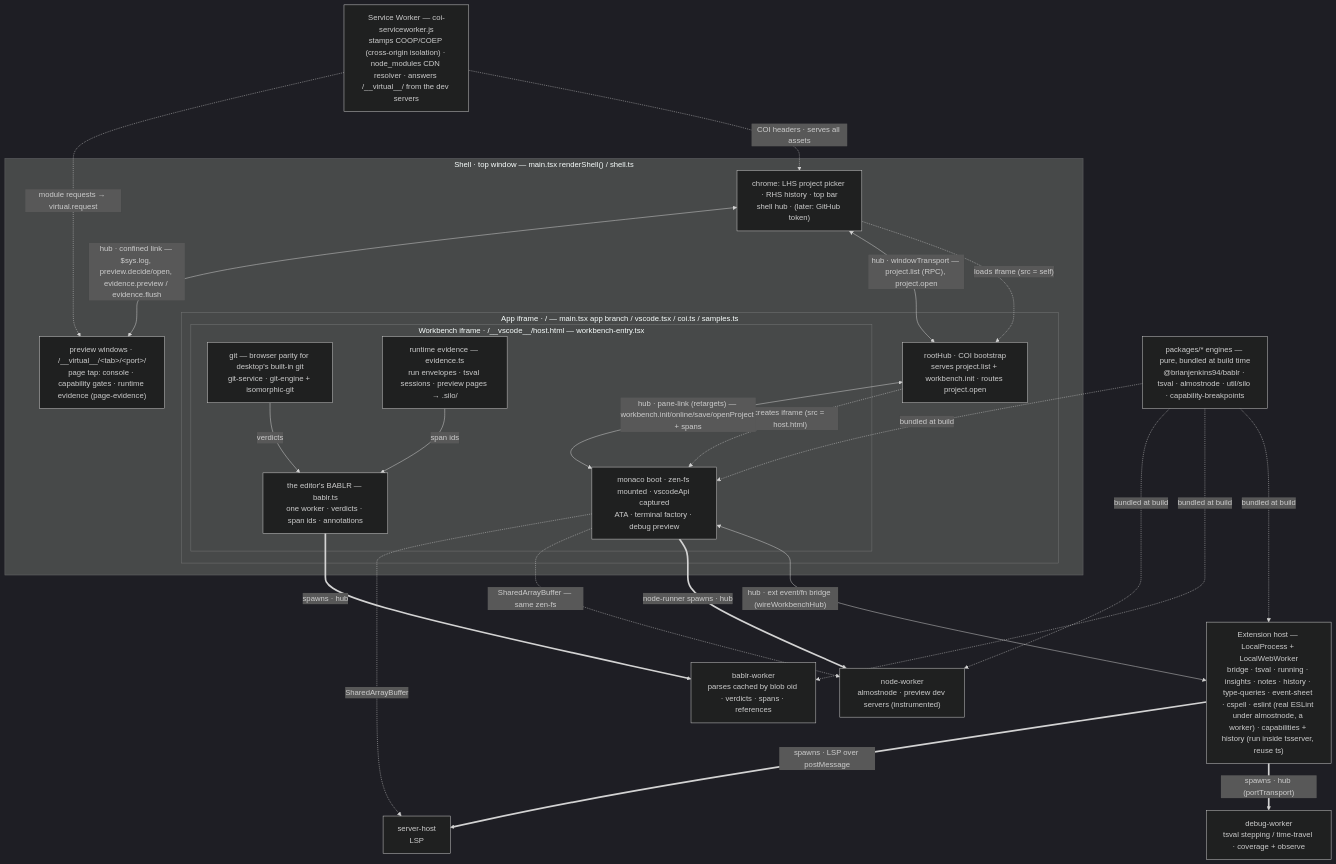
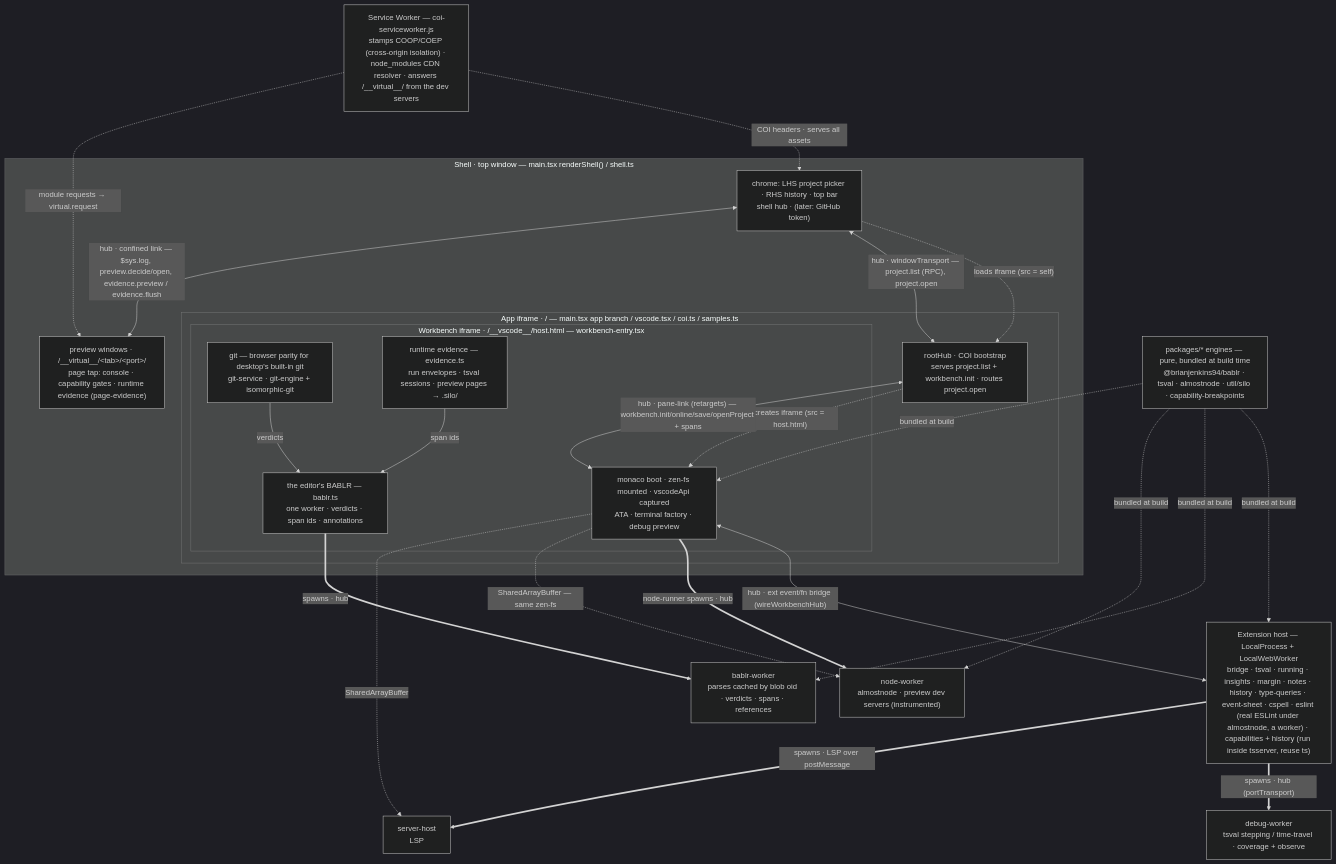
Before and after one commit to brianjenkins94/editor: the first of 2 diagrams in packages/editor/ARCHITECTURE.md, drawn with Mermaid (dark theme). The commit also changed other lines of this file and 26 other files, not shown here.

First line of the commit message:
features as extensions: steps 5b and 5c — the Margin is an extension; recorded stops are a run's values

````diff
--- a/packages/editor/ARCHITECTURE.md
+++ b/packages/editor/ARCHITECTURE.md
@@ -231,52 +231,52 @@
 ```mermaid
 flowchart TB
   SW["Service Worker — coi-serviceworker.js<br/>stamps COOP/COEP (cross-origin isolation) · node_modules CDN resolver · answers /__virtual__/ from the dev servers"]
 
   subgraph SHELL["Shell · top window — main.tsx renderShell() / shell.ts"]
     S["chrome: LHS project picker · RHS history · top bar<br/>shell hub · (later: GitHub token)"]
     PV["preview windows · /__virtual__/&lt;tab&gt;/&lt;port&gt;/<br/>page tap: console · capability gates · runtime evidence (page-evidence)"]
     subgraph APP["App iframe · / — main.tsx app branch / vscode.tsx / coi.ts / samples.ts"]
       A["rootHub · COI bootstrap<br/>serves project.list + workbench.init · routes project.open"]
       subgraph WB["Workbench iframe · /__vscode__/host.html — workbench-entry.tsx"]
         W["monaco boot · zen-fs mounted · vscodeApi captured<br/>ATA · terminal factory · debug preview"]
         GIT["git — browser parity for desktop's built-in git<br/>git-service · git-engine + isomorphic-git"]
         BAB["the editor's BABLR — bablr.ts<br/>one worker · verdicts · span ids · annotations"]
         EV["runtime evidence — evidence.ts<br/>run envelopes · tsval sessions · preview pages → .silo/"]
       end
     end
   end
 
-  EXT["Extension host — LocalProcess + LocalWebWorker<br/>bridge · tsval · running · insights · notes · history · type-queries · event-sheet · cspell · eslint (real ESLint under almostnode, a worker) · capabilities + history (run inside tsserver, reuse ts)"]
+  EXT["Extension host — LocalProcess + LocalWebWorker<br/>bridge · tsval · running · insights · margin · notes · history · type-queries · event-sheet · cspell · eslint (real ESLint under almostnode, a worker) · capabilities + history (run inside tsserver, reuse ts)"]
 
   NW["node-worker<br/>almostnode · preview dev servers (instrumented)"]
   DW["debug-worker<br/>tsval stepping / time-travel · coverage + observe"]
   SH["server-host<br/>LSP"]
   CW["bablr-worker<br/>parses cached by blob oid · verdicts · spans · references"]
 
   PKG["packages/* engines — pure, bundled at build time<br/>@brianjenkins94/bablr · tsval · almostnode · util/silo · capability-breakpoints"]
 
   S -.->|"loads iframe (src = self)"| A
   A -.->|"creates iframe (src = host.html)"| W
 
   S <-->|"hub · windowTransport — project.list (RPC), project.open"| A
   S <-->|"hub · confined link — $sys.log, preview.decide/open, evidence.preview / evidence.flush"| PV
   A <-->|"hub · pane-link (retargets) — workbench.init/online/save/openProject + spans"| W
   W <-->|"hub · ext event/fn bridge (wireWorkbenchHub)"| EXT
 
   W ==>|"node-runner spawns · hub"| NW
   EXT ==>|"spawns · hub (portTransport)"| DW
   EXT ==>|"spawns · LSP over postMessage"| SH
   BAB ==>|"spawns · hub"| CW
   GIT -->|"verdicts"| BAB
   EV -->|"span ids"| BAB
 
   W -.->|"SharedArrayBuffer — same zen-fs"| NW
   W -.->|"SharedArrayBuffer"| SH
 
   SW -.->|"COI headers · serves all assets"| S
   SW -.->|"module requests → virtual.request"| PV
   PKG -.->|"bundled at build"| W
   PKG -.->|"bundled at build"| EXT
   PKG -.->|"bundled at build"| CW
   PKG -.->|"bundled at build"| NW
 ```
````
